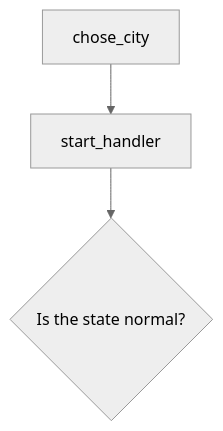
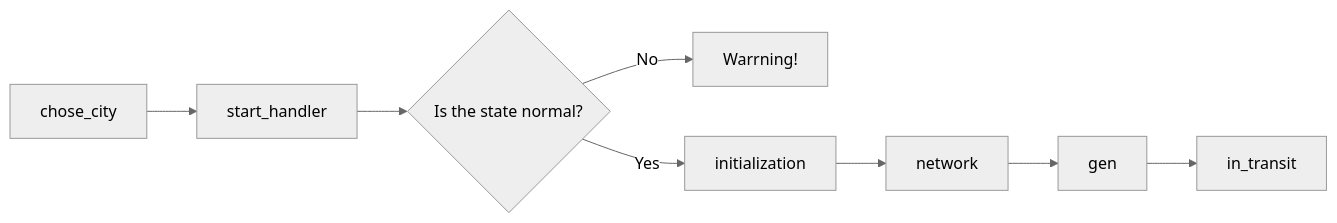
The diagram in README.md (AxlWang/Visualized-Supply-Chain), drawn with Mermaid (neutral theme) before and after one commit. The commit also changed other lines of this file, not shown here.

Commit message:
README.md

````diff
--- a/README.md
+++ b/README.md
@@ -35,5 +35,10 @@
 ```mermaid
-flowchart TD
+flowchart LR
   A[chose_city] --> B[start_handler];
   B[start_handler] --> C{Is the state normal?};
+  C{Is the state normal?} -- No --> D[Warrning!];
+  C{Is the state normal?} -- Yes --> E[initialization];
+  E[initialization] --> F[network];
+  F[network] --> G[gen];
+  G[gen] --> H[in_transit];
 ```
````
